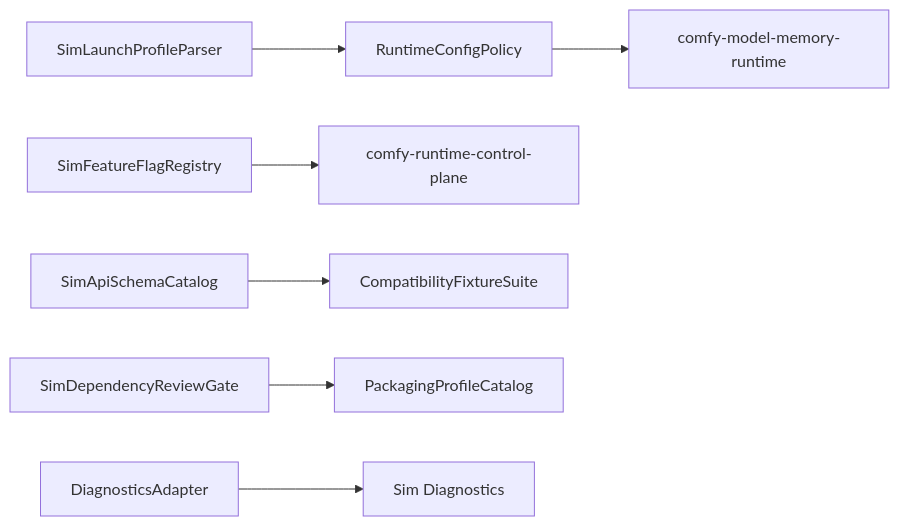
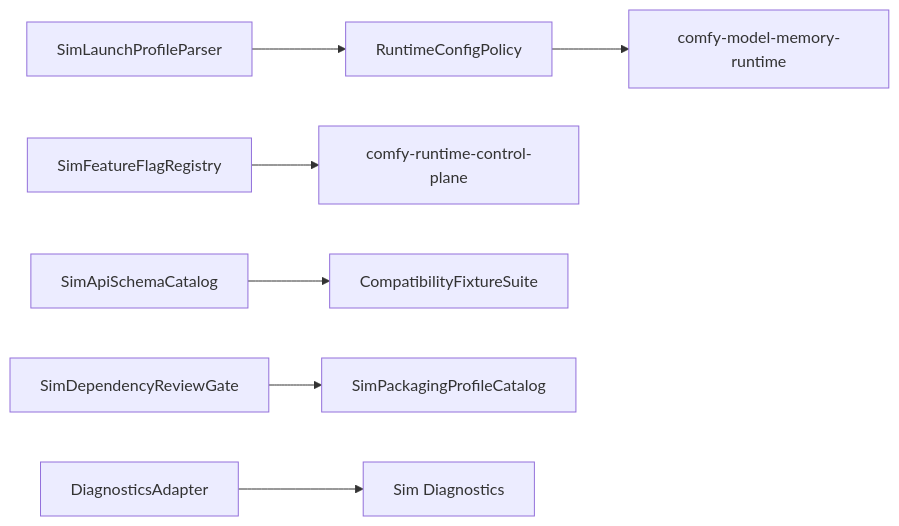
One commit to imagineerings/xor changed the diagram in .agents/specs/godot-migration/comfy-packaging-quality/design.md. Above: the diagram before and after it, drawn with Mermaid. The commit also changed other lines of this file and 4 other files, not shown here.

First line of the commit message:
feat(world_model): add native Sim packaging profiles (#188)

````diff
--- a/.agents/specs/godot-migration/comfy-packaging-quality/design.md
+++ b/.agents/specs/godot-migration/comfy-packaging-quality/design.md
@@ -9,9 +9,9 @@
 ```mermaid
 flowchart LR
     Config[SimLaunchProfileParser] --> Policy[RuntimeConfigPolicy]
     Policy --> Model[comfy-model-memory-runtime]
     Flags[SimFeatureFlagRegistry] --> Runtime[comfy-runtime-control-plane]
     Schema[SimApiSchemaCatalog] --> Tests[CompatibilityFixtureSuite]
-    Deps[SimDependencyReviewGate] --> Packaging[PackagingProfileCatalog]
+    Deps[SimDependencyReviewGate] --> Packaging[SimPackagingProfileCatalog]
     Logs[DiagnosticsAdapter] --> SimDiag[Sim Diagnostics]
 ```
````
